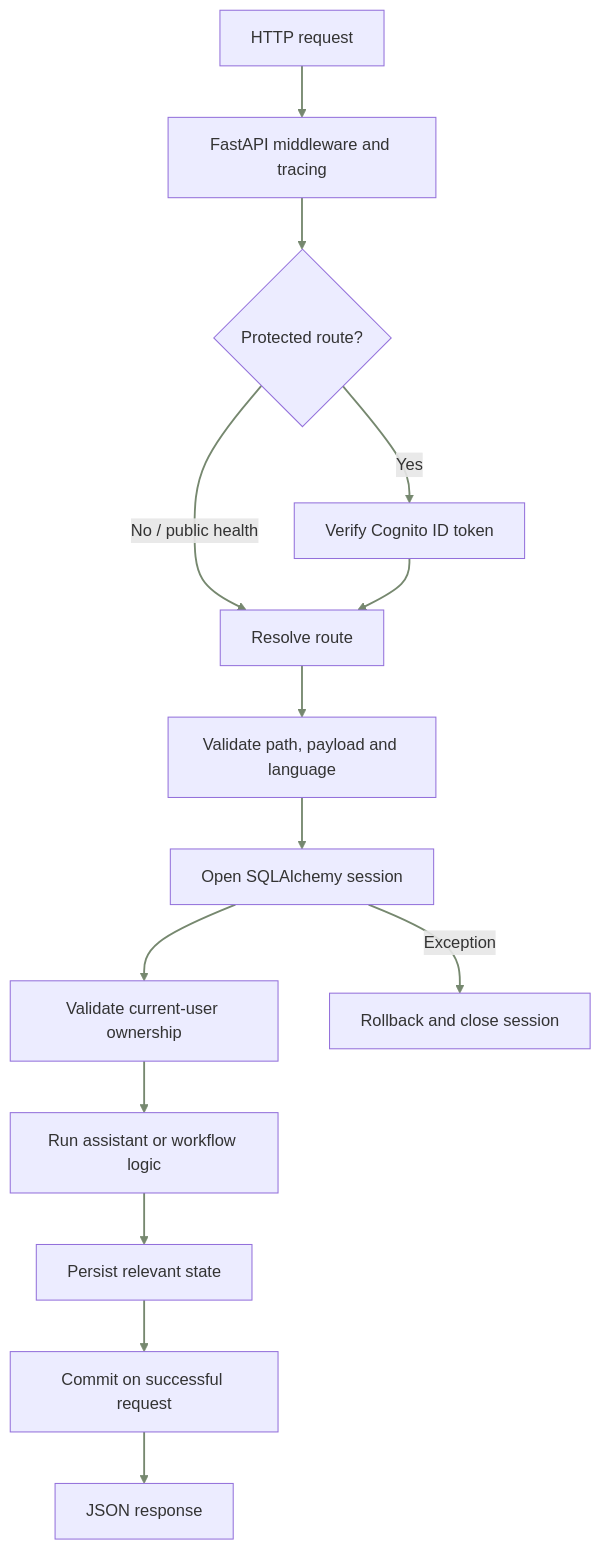
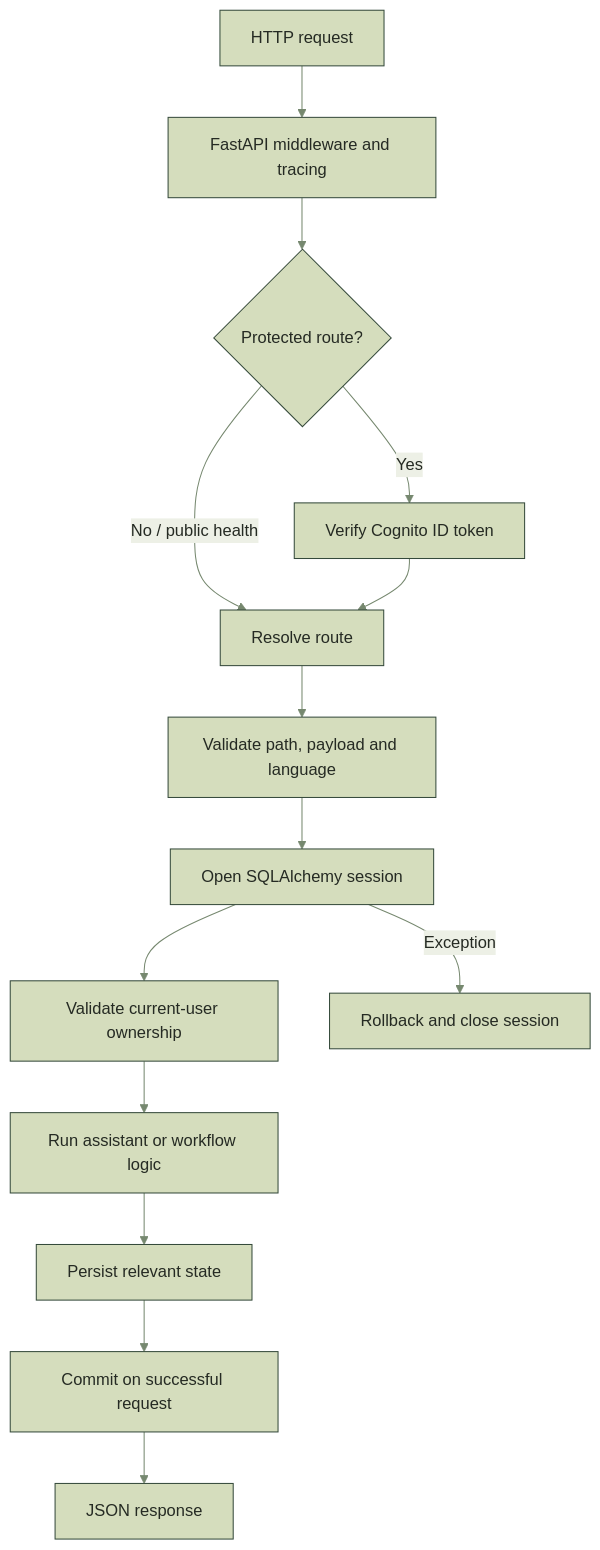
Before and after one commit to SwekcchaCornicle/apnasathi-ai: the sixth of 15 diagrams in README.md, drawn with Mermaid. The commit also changed other lines of this file and 2 other files, not shown here.

````diff
--- a/README.md
+++ b/README.md
@@ -668,25 +607,17 @@
 ```mermaid
+  %%{init: {"theme":"base","themeVariables":{"primaryColor":"#D5DDBD","primaryTextColor":"#252A23","primaryBorderColor":"#354A3B","lineColor":"#76886F","secondaryColor":"#EDF0E6","tertiaryColor":"#F2E4D2","background":"#FBFAF7","fontFamily":"Inter, Arial"}}}%%
 flowchart TD
-  classDef forest fill:#354a3b,stroke:#354a3b,color:#fbfaf7,stroke-width:2px;
-  classDef green fill:#405a46,stroke:#354a3b,color:#fbfaf7,stroke-width:1.8px;
-  classDef sage fill:#d5ddbd,stroke:#76886f,color:#252a23,stroke-width:1.5px;
-  classDef pale fill:#edf0e6,stroke:#647a63,color:#252a23,stroke-width:1.5px;
-  classDef sand fill:#f2e4d2,stroke:#d5a874,color:#252a23,stroke-width:1.5px;
-  classDef paper fill:#fbfaf7,stroke:#9a9a8f,color:#252a23,stroke-width:1.3px;
-  classDef external fill:#f2f1ed,stroke:#b5b4a9,color:#252a23,stroke-width:1.3px;
-  linkStyle default stroke:#76886f,stroke-width:1.8px;
-  class R green;
     R[HTTP request] --> MW[FastAPI middleware and tracing]
     MW --> AUTH{Protected route?}
     AUTH -->|Yes| JWT[Verify Cognito ID token]
     AUTH -->|No / public health| ROUTE[Resolve route]
     JWT --> ROUTE
     ROUTE --> VALID[Validate path, payload and language]
     VALID --> DBSESSION[Open SQLAlchemy session]
     DBSESSION --> OWNER[Validate current-user ownership]
     OWNER --> LOGIC[Run assistant or workflow logic]
     LOGIC --> PERSIST[Persist relevant state]
     PERSIST --> COMMIT[Commit on successful request]
     COMMIT --> RESP[JSON response]
     DBSESSION -->|Exception| ROLLBACK[Rollback and close session]
 ```
````
